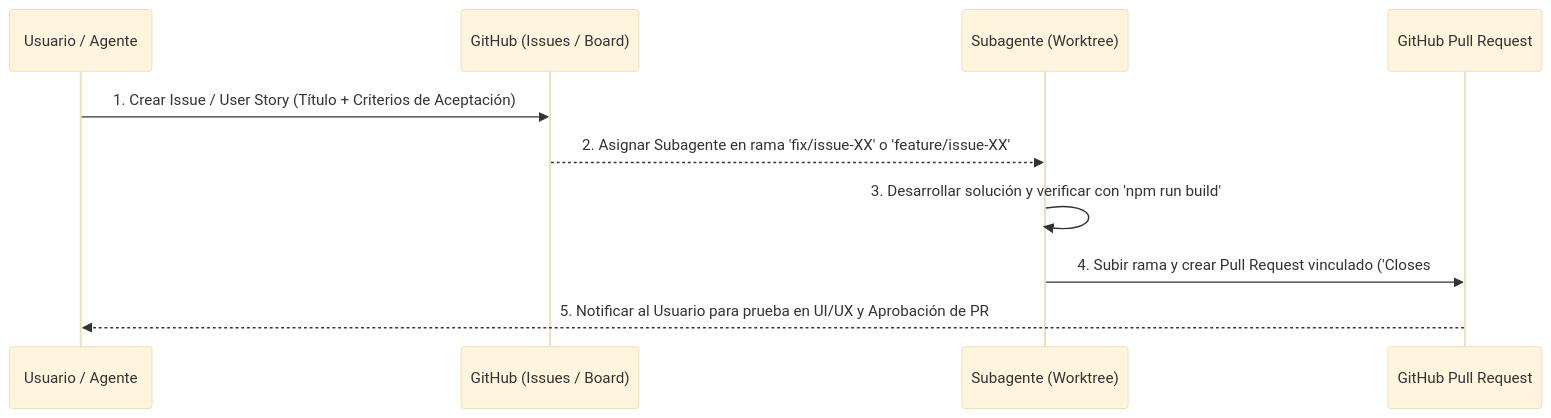
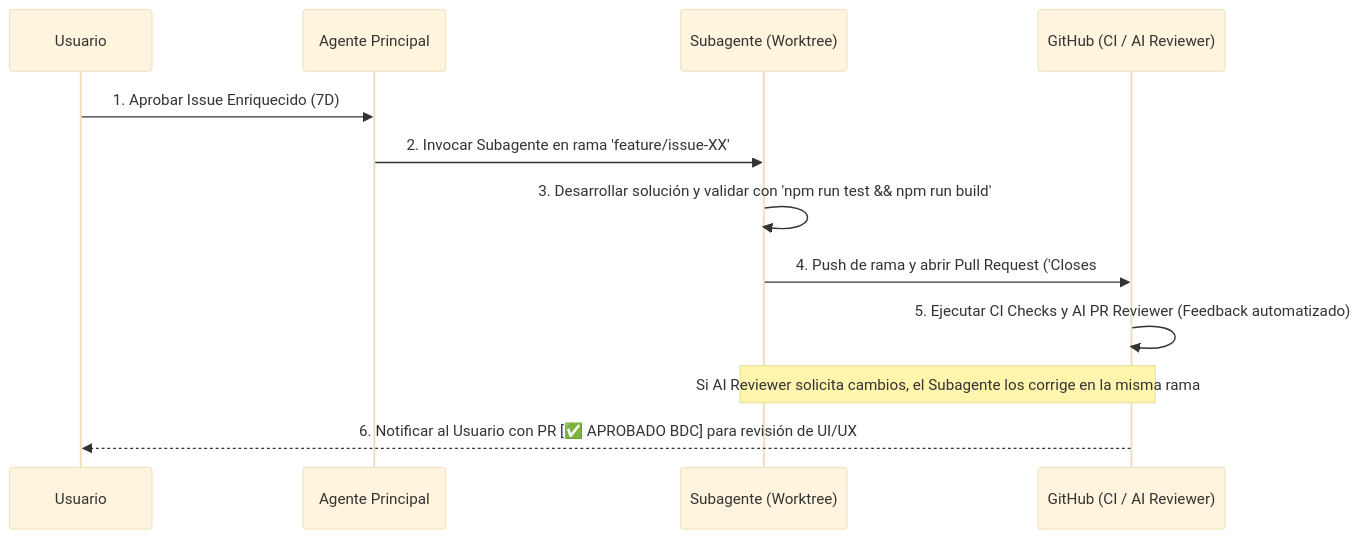
One commit to danielrendonfavela/CRM_Odontologo changed the diagram in .agents/skills/issue-workflow/SKILL.md. Above: the diagram before and after it, drawn with Mermaid (base theme). The commit also changed other lines of this file, not shown here.

Commit message:
Update issue-workflow skill with automated AI PR Reviewer self-correction protocol

````diff
--- a/.agents/skills/issue-workflow/SKILL.md
+++ b/.agents/skills/issue-workflow/SKILL.md
@@ -14,13 +14,15 @@
 ```mermaid
 sequenceDiagram
-    participant U as Usuario / Agente
-    participant GH as GitHub (Issues / Board)
+    participant U as Usuario
+    participant AP as Agente Principal
     participant SA as Subagente (Worktree)
-    participant PR as GitHub Pull Request
+    participant GH as GitHub (CI / AI Reviewer)
 
-    U->>GH: 1. Crear Issue / User Story (Título + Criterios de Aceptación)
-    GH-->>SA: 2. Asignar Subagente en rama 'fix/issue-XX' o 'feature/issue-XX'
-    SA->>SA: 3. Desarrollar solución y verificar con 'npm run build'
-    SA->>PR: 4. Subir rama y crear Pull Request vinculado ('Closes #XX')
-    PR-->>U: 5. Notificar al Usuario para prueba en UI/UX y Aprobación de PR
+    U->>AP: 1. Aprobar Issue Enriquecido (7D)
+    AP->>SA: 2. Invocar Subagente en rama 'feature/issue-XX'
+    SA->>SA: 3. Desarrollar solución y validar con 'npm run test && npm run build'
+    SA->>GH: 4. Push de rama y abrir Pull Request ('Closes #XX')
+    GH->>GH: 5. Ejecutar CI Checks y AI PR Reviewer (Feedback automatizado)
+    Note over SA,GH: Si AI Reviewer solicita cambios, el Subagente los corrige en la misma rama
+    GH-->>U: 6. Notificar al Usuario con PR [✅ APROBADO BDC] para revisión de UI/UX
 ```
````
